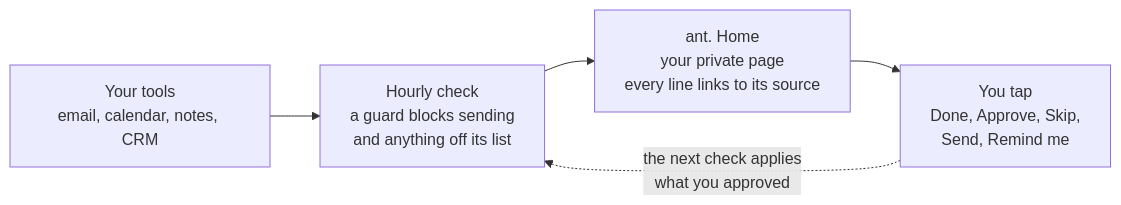
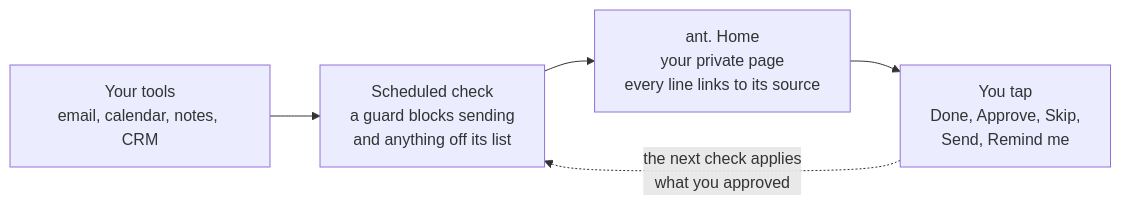
One commit to nikhilgundawar-ant/ant-vc changed the second of 3 diagrams in INSTALL.md. Above: the diagram before and after it, drawn with Mermaid. The commit also changed other lines of this file and 90 other files, not shown here.

````diff
--- a/INSTALL.md
+++ b/INSTALL.md
@@ -86,7 +107,7 @@
 ```mermaid
 flowchart LR
-    T["Your tools<br/>email, calendar, notes, CRM"] --> C["Hourly check<br/>a guard blocks sending<br/>and anything off its list"]
+    T["Your tools<br/>email, calendar, notes, CRM"] --> C["Scheduled check<br/>a guard blocks sending<br/>and anything off its list"]
     C --> H["ant. Home<br/>your private page<br/>every line links to its source"]
     H --> Y["You tap<br/>Done, Approve, Skip,<br/>Send, Remind me"]
     Y -. "the next check applies<br/>what you approved" .-> C
 ```
````
